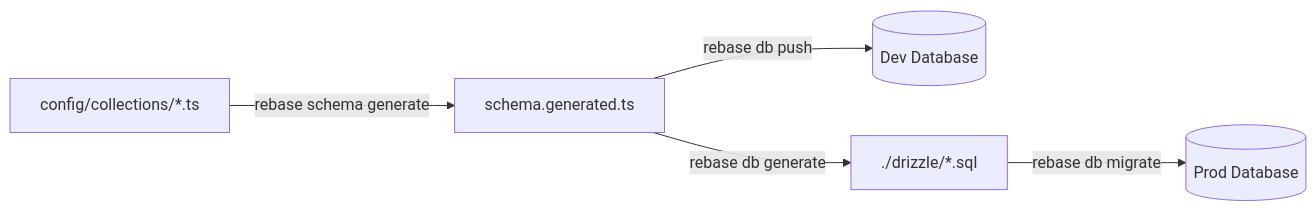
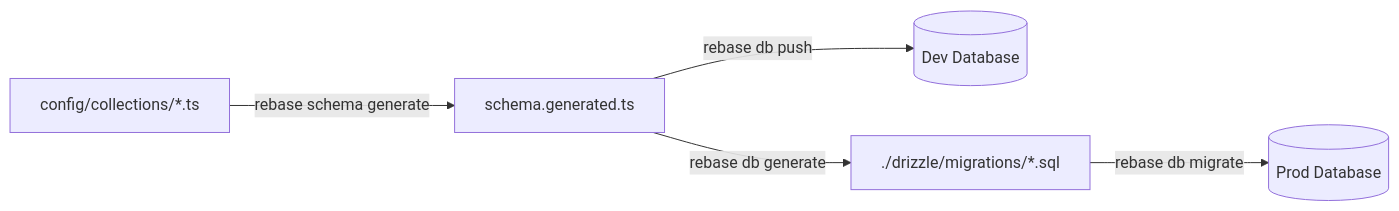
One commit to rebasepro/rebase changed the diagram in .agent/workflows/schema-migration.md. Above: the diagram before and after it, drawn with Mermaid. The commit also changed other lines of this file and 13 other files, not shown here.

````diff
--- a/.agent/workflows/schema-migration.md
+++ b/.agent/workflows/schema-migration.md
@@ -16,7 +16,7 @@
 ```mermaid
 graph LR
     A[config/collections/*.ts] -->|rebase schema generate| B[schema.generated.ts]
     B -->|rebase db push| C[(Dev Database)]
-    B -->|rebase db generate| D[./drizzle/*.sql]
+    B -->|rebase db generate| D[./drizzle/migrations/*.sql]
     D -->|rebase db migrate| E[(Prod Database)]
 ```
````
